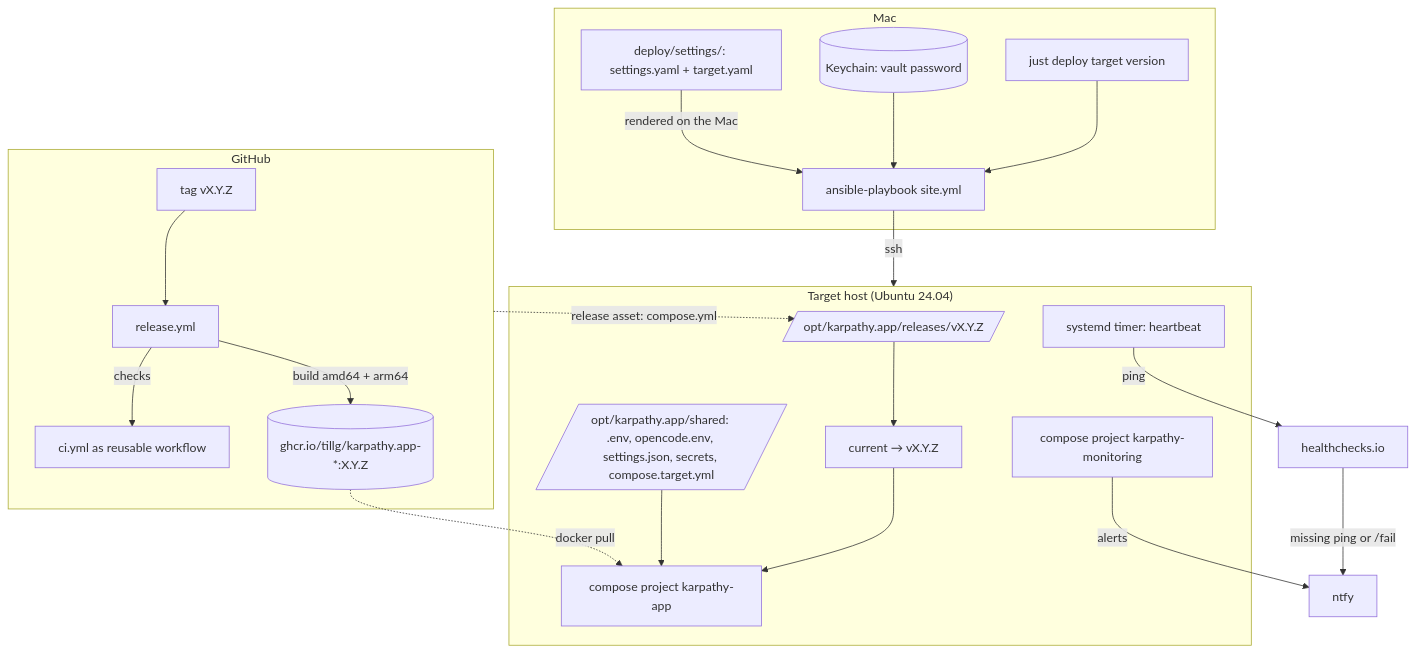
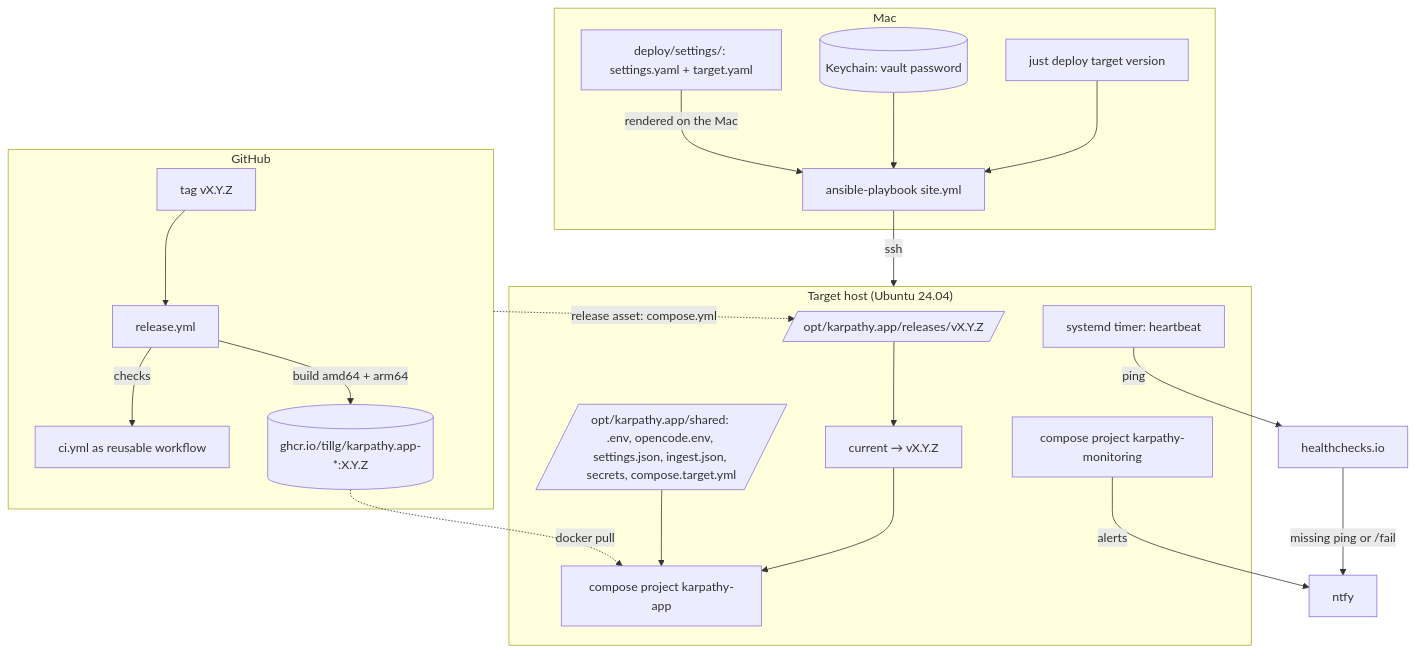
One commit to tillg/karpathy.app changed the first of 6 diagrams in specs/system/deployment.md. Above: the diagram before and after it, drawn with Mermaid. The commit also changed other lines of this file and 5 other files, not shown here.

````diff
--- a/specs/system/deployment.md
+++ b/specs/system/deployment.md
@@ -15,26 +15,26 @@
 ```mermaid
 flowchart TB
   subgraph GitHub
     tag[tag vX.Y.Z] --> rel[release.yml]
     rel -->|checks| ci[ci.yml as reusable workflow]
     rel -->|build amd64 + arm64| ghcr[(ghcr.io/tillg/karpathy.app-*:X.Y.Z)]
   end
   subgraph Mac
     just[just deploy target version] --> pb[ansible-playbook site.yml]
     kc[(Keychain: vault password)] --> pb
     st[deploy/settings/: settings.yaml + target.yaml] -->|rendered on the Mac| pb
   end
   subgraph Host["Target host (Ubuntu 24.04)"]
     rels[/opt/karpathy.app/releases/vX.Y.Z/] --> cur[current → vX.Y.Z]
-    shared[/opt/karpathy.app/shared: .env, opencode.env, settings.json, secrets, compose.target.yml/]
+    shared[/opt/karpathy.app/shared: .env, opencode.env, settings.json, ingest.json, secrets, compose.target.yml/]
     cur --> app[compose project karpathy-app]
     shared --> app
     mon[compose project karpathy-monitoring]
     hb[systemd timer: heartbeat]
   end
   pb -->|ssh| Host
   ghcr -.docker pull.-> app
   GitHub -. "release asset: compose.yml" .-> rels
   mon -->|alerts| ntfy[ntfy]
   hb -->|ping| hc[healthchecks.io] -->|missing ping or /fail| ntfy
 ```
````
